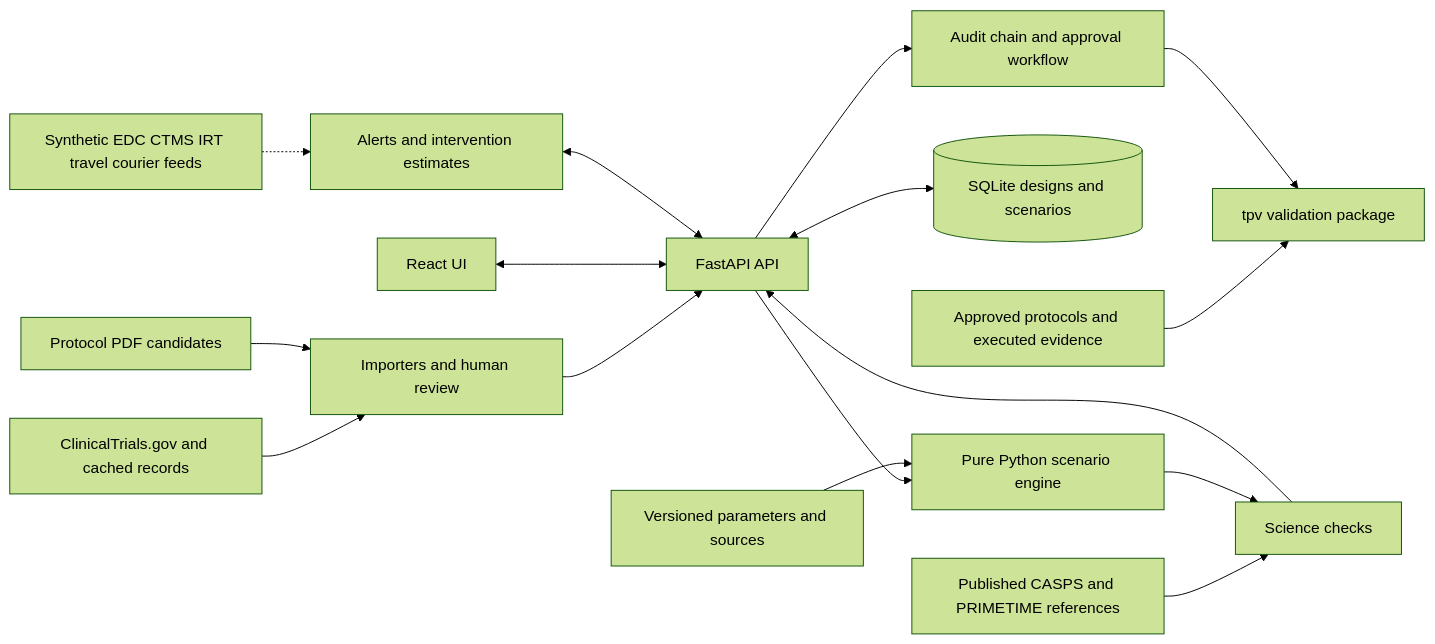
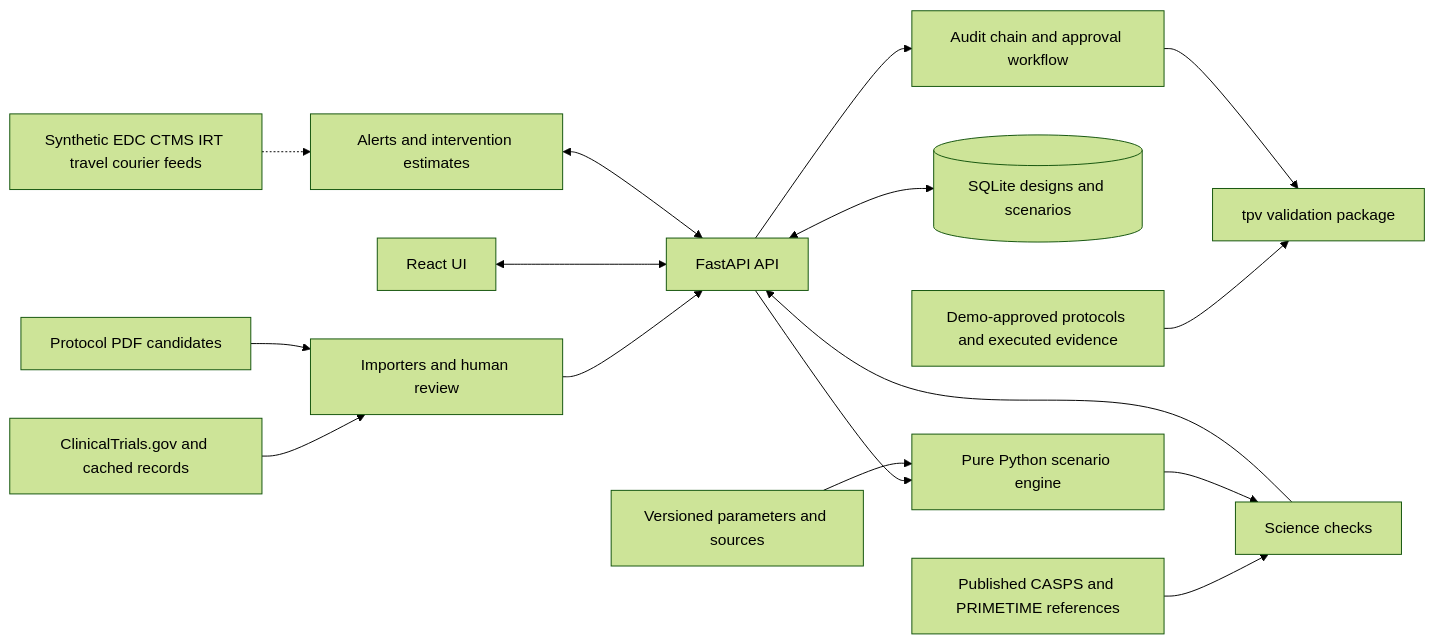
Before and after one commit to KryptonNii/YANZHENG_NI_HACKHARVARD2026: the diagram in README.md, drawn with Mermaid (forest theme). The commit also changed other lines of this file and 53 other files, not shown here.

````diff
--- a/README.md
+++ b/README.md
@@ -40,18 +38,18 @@
 ```mermaid
 flowchart LR
     Registry[ClinicalTrials.gov and cached records] --> Import[Importers and human review]
     PDF[Protocol PDF candidates] --> Import
     Import --> API[FastAPI API]
     UI[React UI] <--> API
     API --> Engine[Pure Python scenario engine]
     Params[Versioned parameters and sources] --> Engine
     API <--> DB[(SQLite designs and scenarios)]
     Feeds[Synthetic EDC CTMS IRT travel courier feeds] -.-> Ops[Alerts and intervention estimates]
     Ops <--> API
     API --> Audit[Audit chain and approval workflow]
-    Tests[Approved protocols and executed evidence] --> Package[tpv validation package]
+    Tests[Demo-approved protocols and executed evidence] --> Package[tpv validation package]
     Audit --> Package
     Published[Published CASPS and PRIMETIME references] --> Science[Science checks]
     Engine --> Science
     Science --> API
 ```
````
